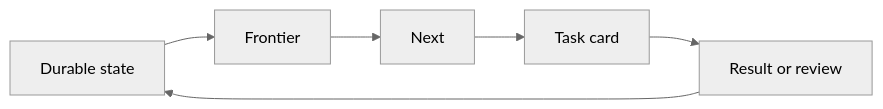
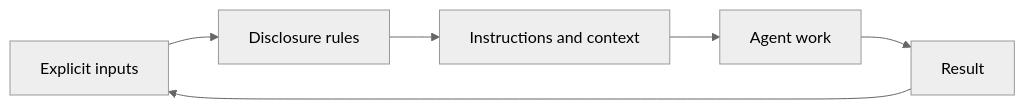
One commit to david-rzepa/zzzops changed the first of 2 diagrams in docs/WHITEPAPER.md. Above: the diagram before and after it, drawn with Mermaid (neutral theme). The commit also changed other lines of this file and 2 other files, not shown here.

Commit message:
docs: reframe progressive disclosure as a general pattern

````diff
--- a/docs/WHITEPAPER.md
+++ b/docs/WHITEPAPER.md
@@ -33,8 +25,8 @@
 ```mermaid
 flowchart LR
-  S[Durable state] --> F[Frontier]
-  F --> N[Next]
-  N --> C[Task card]
-  C --> R[Result or review]
-  R --> S
+  I[Explicit inputs] --> R[Disclosure rules]
+  R --> H[Instructions and context]
+  H --> A[Agent work]
+  A --> O[Result]
+  O --> I
 ```
````
